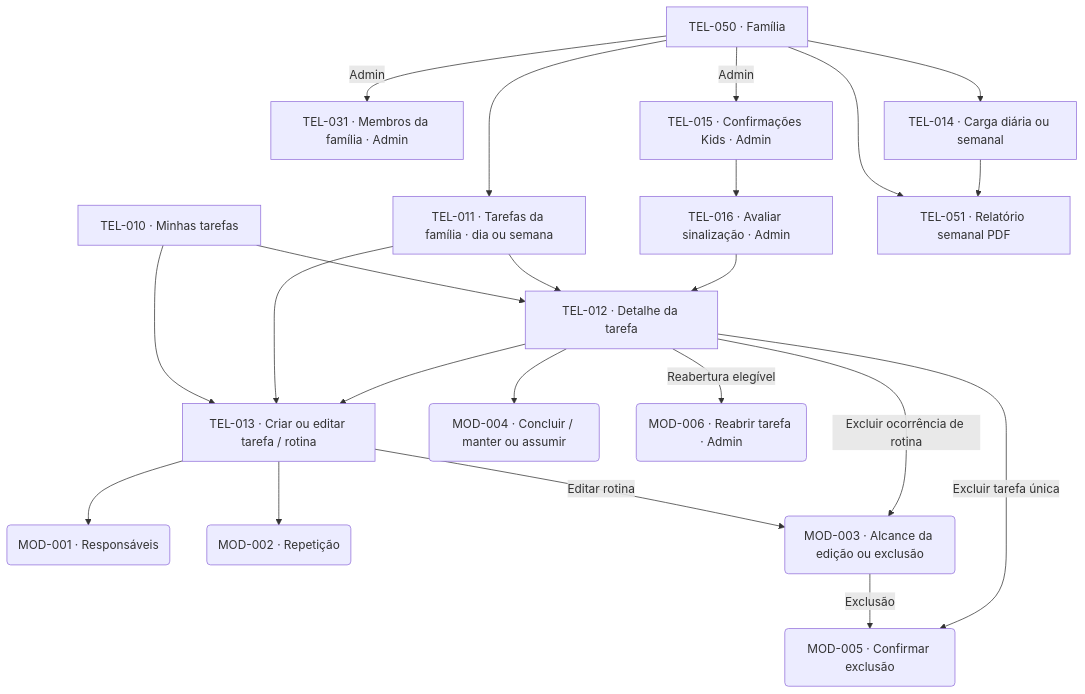
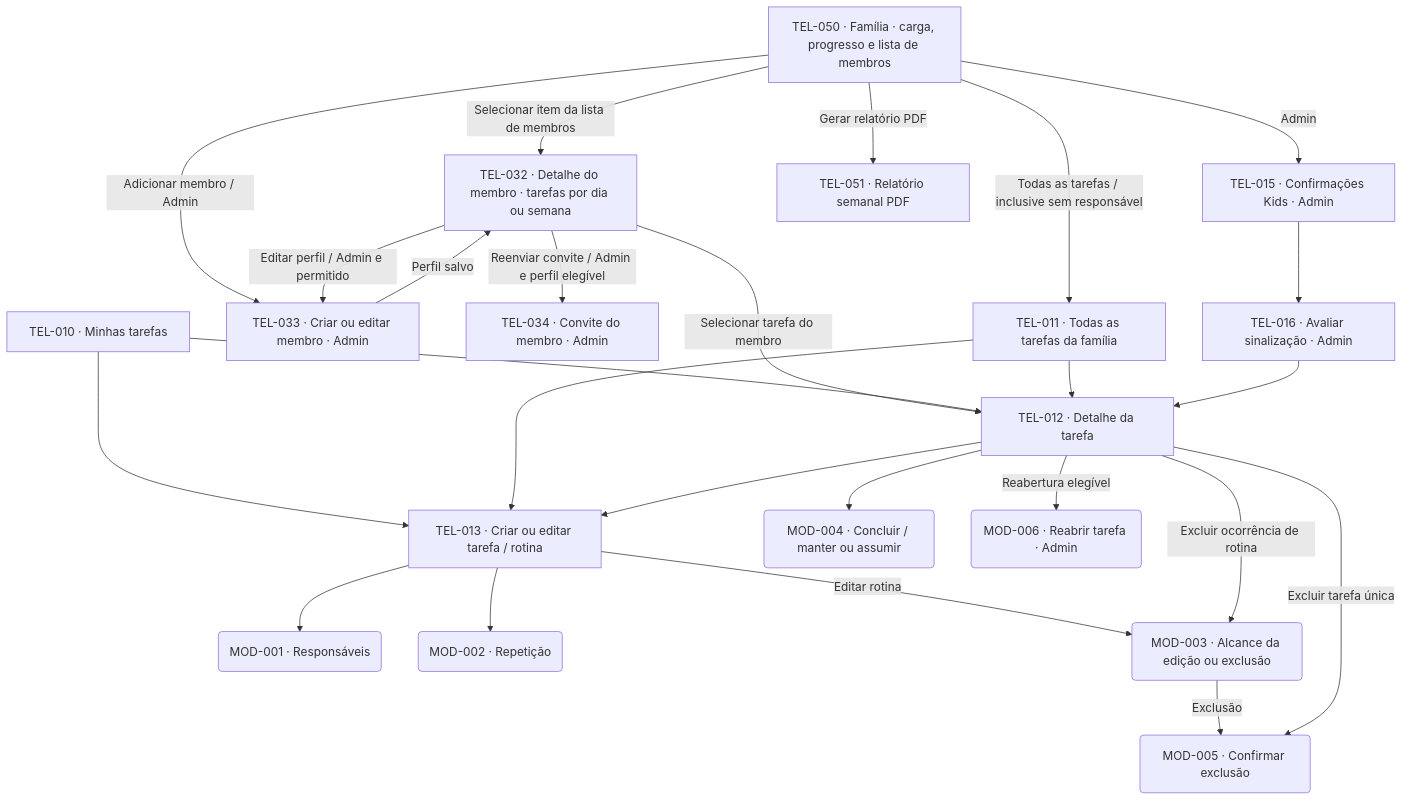
Before and after one commit to lizandramalta/App-Rotina-Familiar: the second of 6 diagrams in docs/design/screen-map.md, drawn with Mermaid. The commit also changed other lines of this file and 20 other files, not shown here.

````diff
--- a/docs/design/screen-map.md
+++ b/docs/design/screen-map.md
@@ -63,39 +63,44 @@
 ```mermaid
 flowchart TD
     T010["TEL-010 · Minhas tarefas"]
-    T050["TEL-050 · Família"]
-    T031["TEL-031 · Membros da família · Admin"]
-    T011["TEL-011 · Tarefas da família · dia ou semana"]
+    T050["TEL-050 · Família · carga, progresso e lista de membros"]
+    T032["TEL-032 · Detalhe do membro · tarefas por dia ou semana"]
+    T033["TEL-033 · Criar ou editar membro · Admin"]
+    T034["TEL-034 · Convite do membro · Admin"]
+    T011["TEL-011 · Todas as tarefas da família"]
     T012["TEL-012 · Detalhe da tarefa"]
     T013["TEL-013 · Criar ou editar tarefa / rotina"]
-    T014["TEL-014 · Carga diária ou semanal"]
     T015["TEL-015 · Confirmações Kids · Admin"]
     T016["TEL-016 · Avaliar sinalização · Admin"]
+    T051["TEL-051 · Relatório semanal PDF"]
     M001("MOD-001 · Responsáveis")
     M002("MOD-002 · Repetição")
     M003("MOD-003 · Alcance da edição ou exclusão")
     M004("MOD-004 · Concluir / manter ou assumir")
     M005("MOD-005 · Confirmar exclusão")
     M006("MOD-006 · Reabrir tarefa · Admin")
-    T050 --> T011
-    T050 -->|Admin| T031
+    T050 -->|Selecionar item da lista de membros| T032
+    T050 -->|Adicionar membro / Admin| T033
+    T032 -->|Editar perfil / Admin e permitido| T033
+    T032 -->|Reenviar convite / Admin e perfil elegível| T034
+    T032 -->|Selecionar tarefa do membro| T012
+    T033 -->|Perfil salvo| T032
+    T050 -->|Todas as tarefas / inclusive sem responsável| T011
+    T050 -->|Gerar relatório PDF| T051
+    T050 -->|Admin| T015
     T010 --> T012
     T010 --> T013
-    T050 --> T014
-    T050 --> T051["TEL-051 · Relatório semanal PDF"]
-    T014 --> T051
-    T050 -->|Admin| T015
     T011 --> T012
     T011 --> T013
     T012 --> T013
     T013 --> M001
     T013 --> M002
     T013 -->|Editar rotina| M003
     T012 --> M004
     T012 -->|Excluir ocorrência de rotina| M003
     M003 -->|Exclusão| M005
     T012 -->|Excluir tarefa única| M005
     T012 -->|Reabertura elegível| M006
     T015 --> T016
     T016 --> T012
 ```
````
